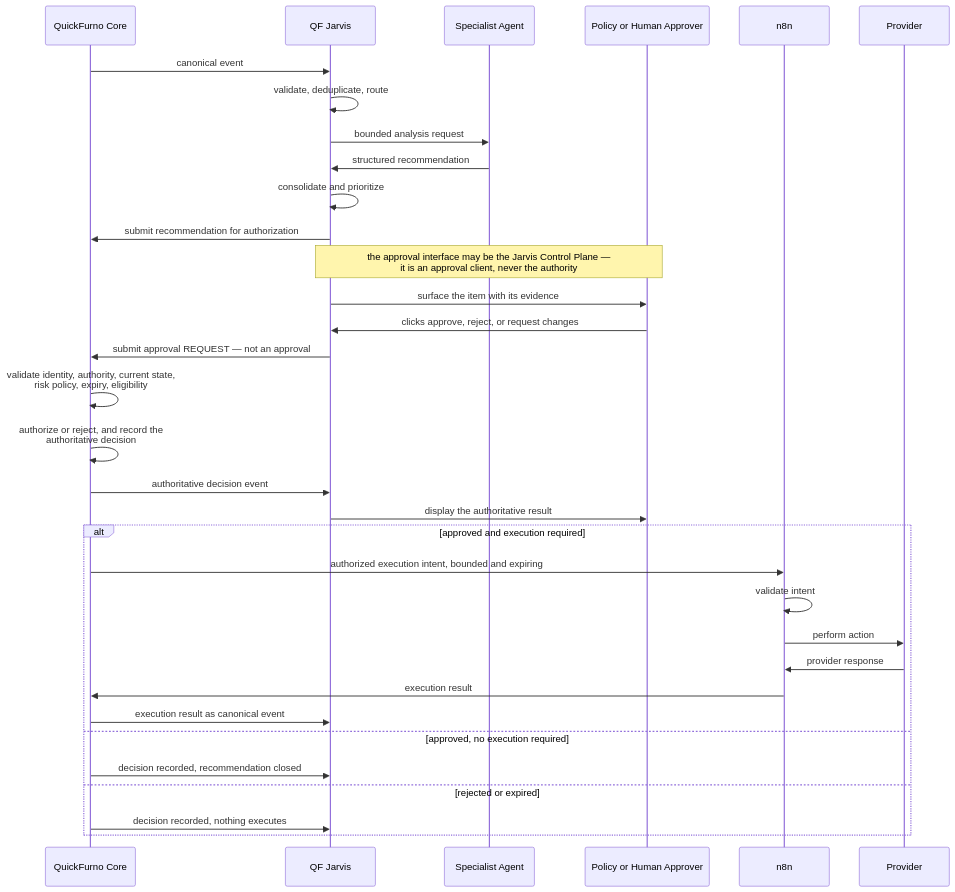
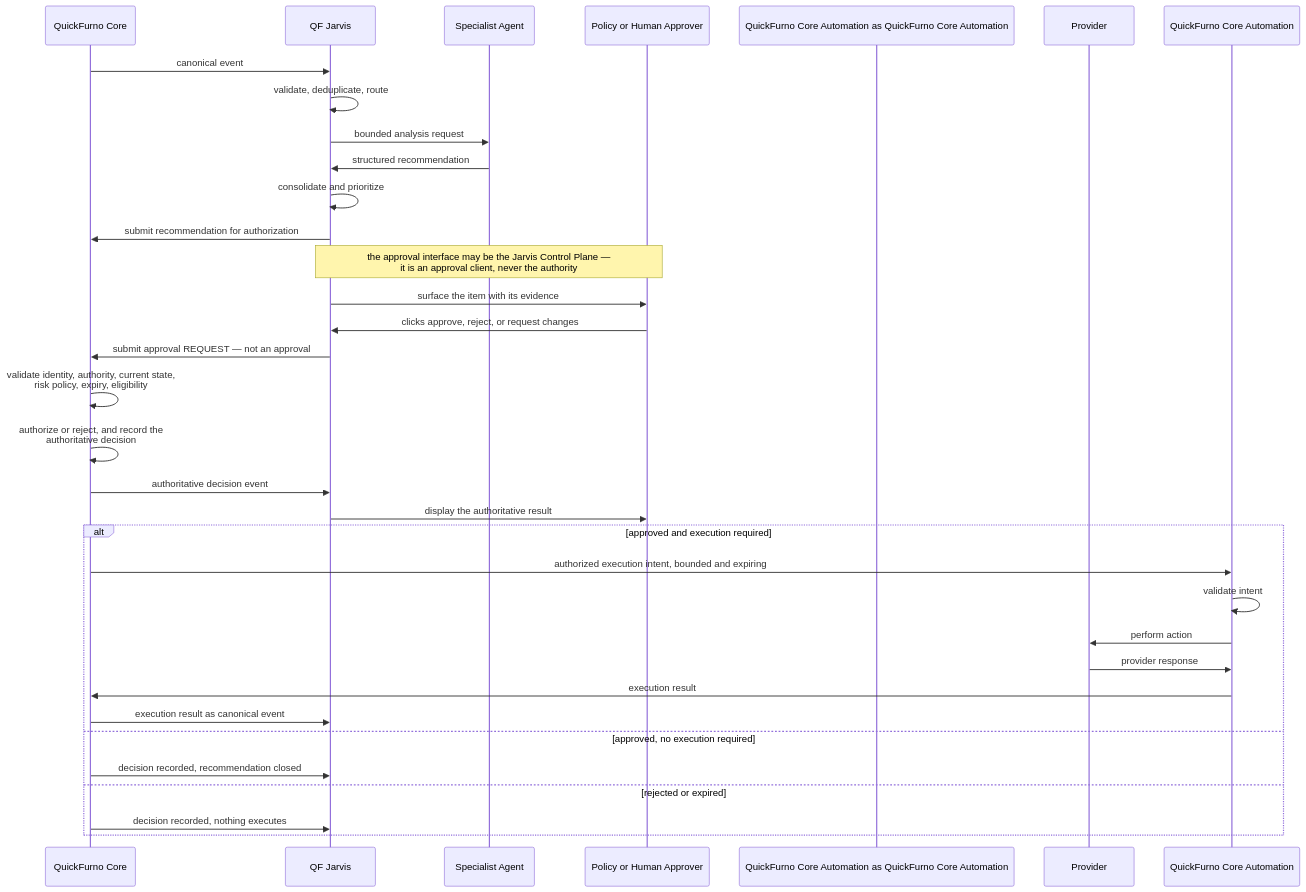
Before and after one commit to quickfurno-maker/qf-jarvis: the third of 3 diagrams in docs/architecture/system-context.md, drawn with Mermaid. The commit also changed other lines of this file and 531 other files, not shown here.

````diff
--- a/docs/architecture/system-context.md
+++ b/docs/architecture/system-context.md
@@ -111,38 +111,38 @@
 ```mermaid
 sequenceDiagram
     participant Core as QuickFurno Core
     participant Jarvis as QF Jarvis
     participant Agent as Specialist Agent
     participant Approver as Policy or Human Approver
-    participant N8N as n8n
+    participant QuickFurno Core Automation as QuickFurno Core Automation
     participant Provider as Provider
 
     Core->>Jarvis: canonical event
     Jarvis->>Jarvis: validate, deduplicate, route
     Jarvis->>Agent: bounded analysis request
     Agent->>Jarvis: structured recommendation
     Jarvis->>Jarvis: consolidate and prioritize
     Jarvis->>Core: submit recommendation for authorization
 
     Note over Jarvis,Approver: the approval interface may be the Jarvis Control Plane —<br/>it is an approval client, never the authority
     Jarvis->>Approver: surface the item with its evidence
     Approver->>Jarvis: clicks approve, reject, or request changes
     Jarvis->>Core: submit approval REQUEST — not an approval
     Core->>Core: validate identity, authority, current state,<br/>risk policy, expiry, eligibility
     Core->>Core: authorize or reject, and record the<br/>authoritative decision
     Core->>Jarvis: authoritative decision event
     Jarvis->>Approver: display the authoritative result
 
     alt approved and execution required
-        Core->>N8N: authorized execution intent, bounded and expiring
-        N8N->>N8N: validate intent
-        N8N->>Provider: perform action
-        Provider->>N8N: provider response
-        N8N->>Core: execution result
+        Core->>QuickFurno Core Automation: authorized execution intent, bounded and expiring
+        QuickFurno Core Automation->>QuickFurno Core Automation: validate intent
+        QuickFurno Core Automation->>Provider: perform action
+        Provider->>QuickFurno Core Automation: provider response
+        QuickFurno Core Automation->>Core: execution result
         Core->>Jarvis: execution result as canonical event
     else approved, no execution required
         Core->>Jarvis: decision recorded, recommendation closed
     else rejected or expired
         Core->>Jarvis: decision recorded, nothing executes
     end
 ```
````
